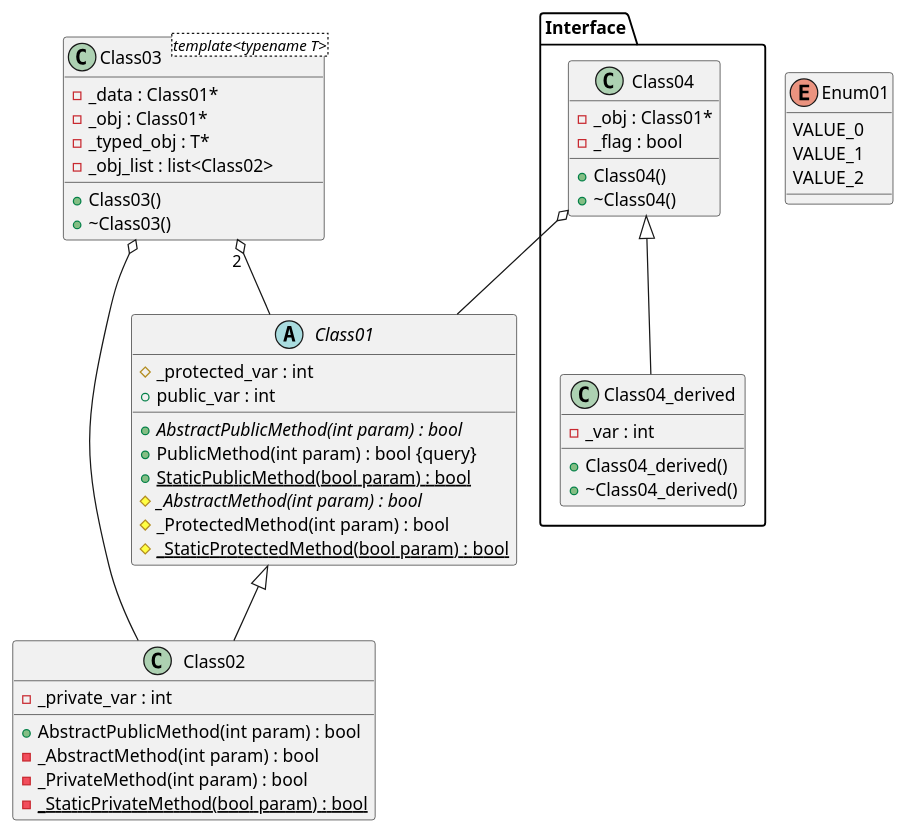
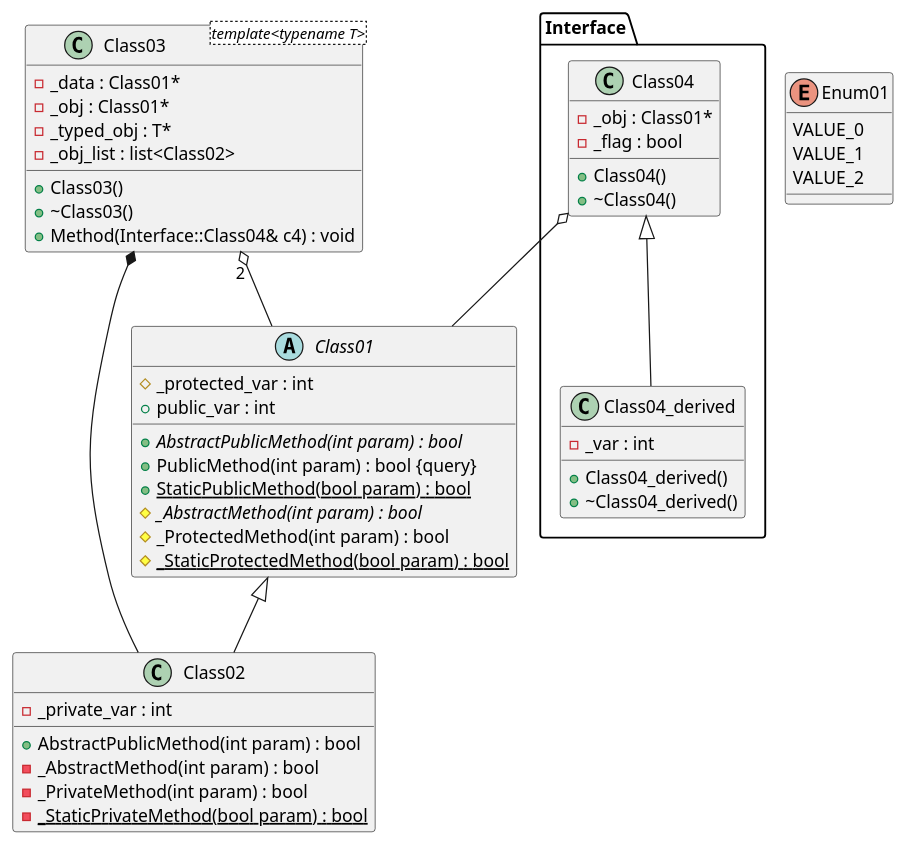
The third of 4 diagrams in hpp2plantuml.org (thibaultmarin/hpp2plantuml), drawn with PlantUML before and after one commit. The commit also changed other lines of this file and 11 other files, not shown here.

```diff
--- a/hpp2plantuml.org
+++ b/hpp2plantuml.org
@@ -2228,4 +2463,4 @@
-#+BEGIN_SRC plantuml :mkdirp yes :tangle tests/simple_classes.puml
+#+BEGIN_SRC plantuml :mkdirp yes :tangle tests/simple_classes_nodep.puml
 @startuml
 
 
@@ -2262,6 +2497,7 @@
 	-_obj : Class01*
 	-_typed_obj : T*
 	-_obj_list : list<Class02>
+	+Method(Interface::Class04& c4) : void
 }
 
 
@@ -2312,7 +2548,7 @@
 .Class03 "2" o-- .Class01
 
 
-.Class03 o-- .Class02
+.Class03 *-- .Class02
 
 
 Interface.Class04 o-- .Class01
@@ -2320,5 +2556,6 @@
 
 
 
+
 @enduml
 #+END_SRC
```
